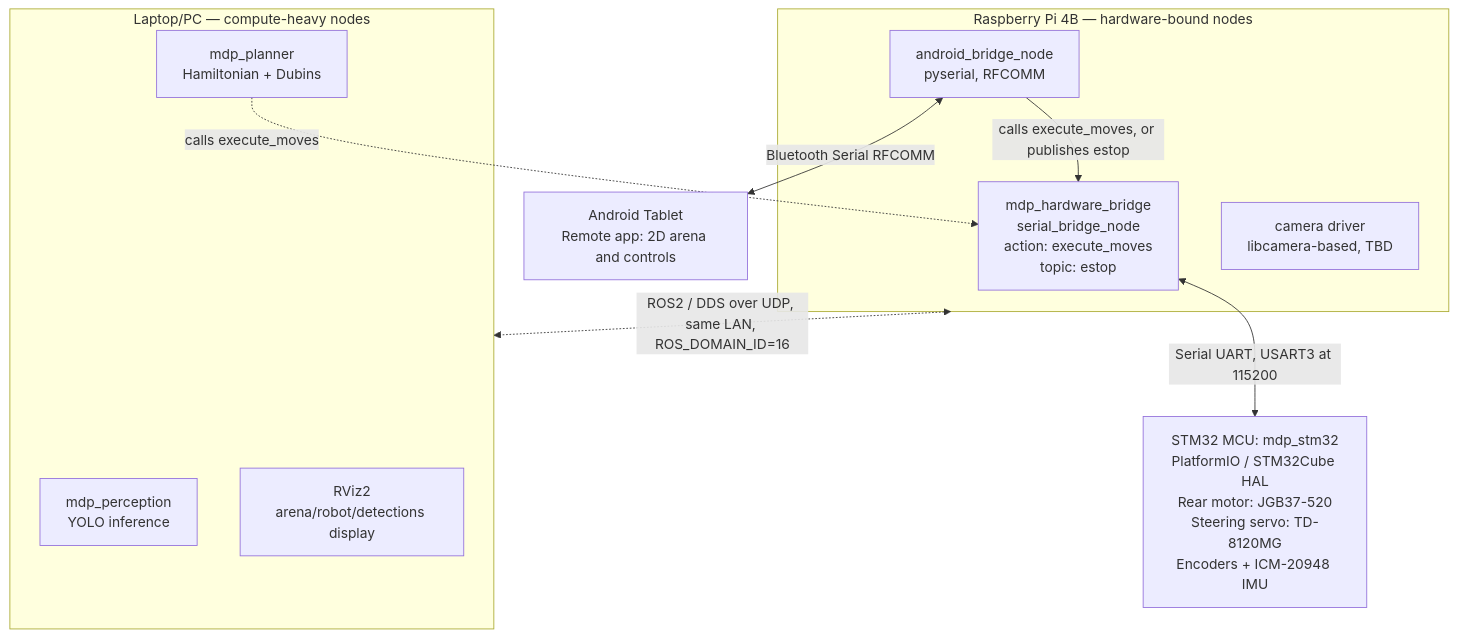
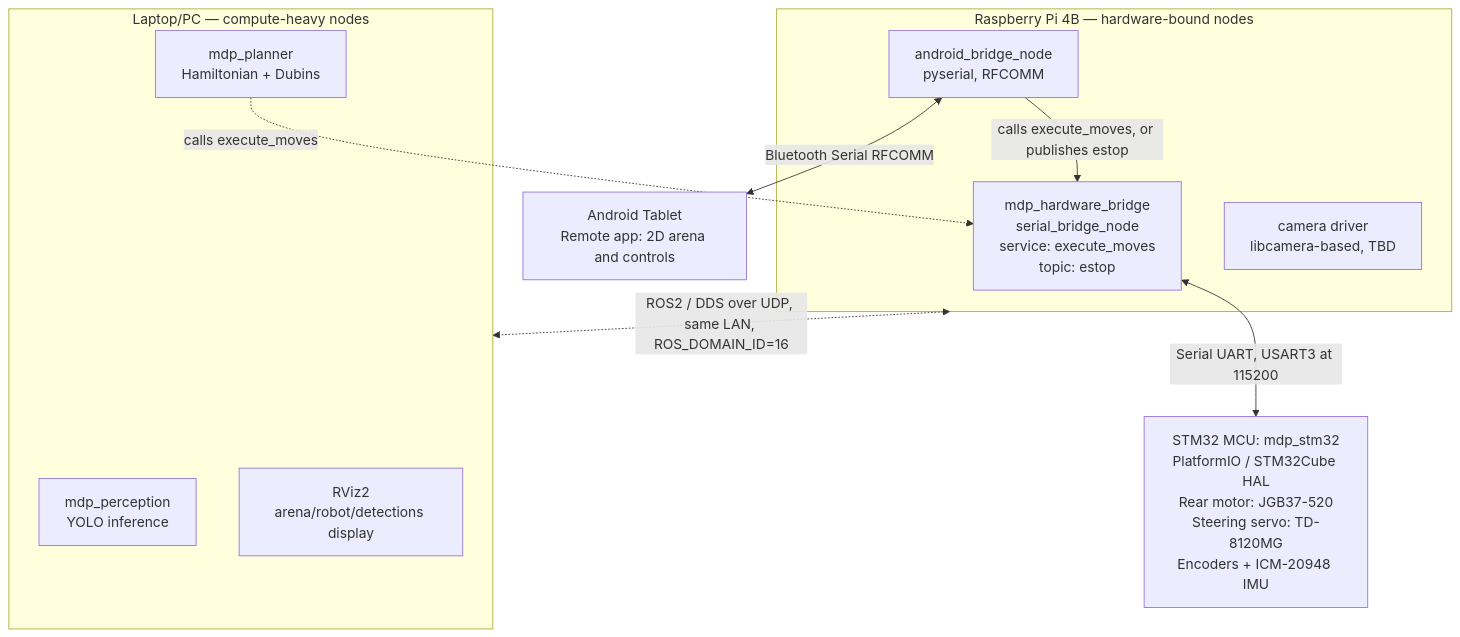
One commit to xushuwei281/SC2079-Group-16- changed the diagram in raspberry-pi/ros2_ws/ARCHITECTURE.md. Above: the diagram before and after it, drawn with Mermaid. The commit also changed other lines of this file and 5 other files, not shown here.

Commit message:
Switch execute_moves from action to service, sweep docs

````diff
--- a/raspberry-pi/ros2_ws/ARCHITECTURE.md
+++ b/raspberry-pi/ros2_ws/ARCHITECTURE.md
@@ -25,24 +25,24 @@
 ```mermaid
 flowchart TB
     subgraph Pi["Raspberry Pi 4B — hardware-bound nodes"]
-        HWBridge["mdp_hardware_bridge<br/>serial_bridge_node<br/>action: execute_moves<br/>topic: estop"]
+        HWBridge["mdp_hardware_bridge<br/>serial_bridge_node<br/>service: execute_moves<br/>topic: estop"]
         AndroidBridge["android_bridge_node<br/>pyserial, RFCOMM"]
         CamDriver["camera driver<br/>libcamera-based, TBD"]
         AndroidBridge -->|calls execute_moves, or publishes estop| HWBridge
     end
 
     subgraph PC["Laptop/PC — compute-heavy nodes"]
         Perception["mdp_perception<br/>YOLO inference"]
         Planner["mdp_planner<br/>Hamiltonian + Dubins"]
         RViz["RViz2<br/>arena/robot/detections display"]
     end
 
     Planner -.->|calls execute_moves| HWBridge
     Pi <-.->|ROS2 / DDS over UDP, same LAN, ROS_DOMAIN_ID=16| PC
 
     STM32["STM32 MCU: mdp_stm32<br/>PlatformIO / STM32Cube HAL<br/>Rear motor: JGB37-520<br/>Steering servo: TD-8120MG<br/>Encoders + ICM-20948 IMU"]
     Android["Android Tablet<br/>Remote app: 2D arena and controls"]
 
     HWBridge <-->|Serial UART, USART3 at 115200| STM32
     AndroidBridge <-->|Bluetooth Serial RFCOMM| Android
 ```
````
